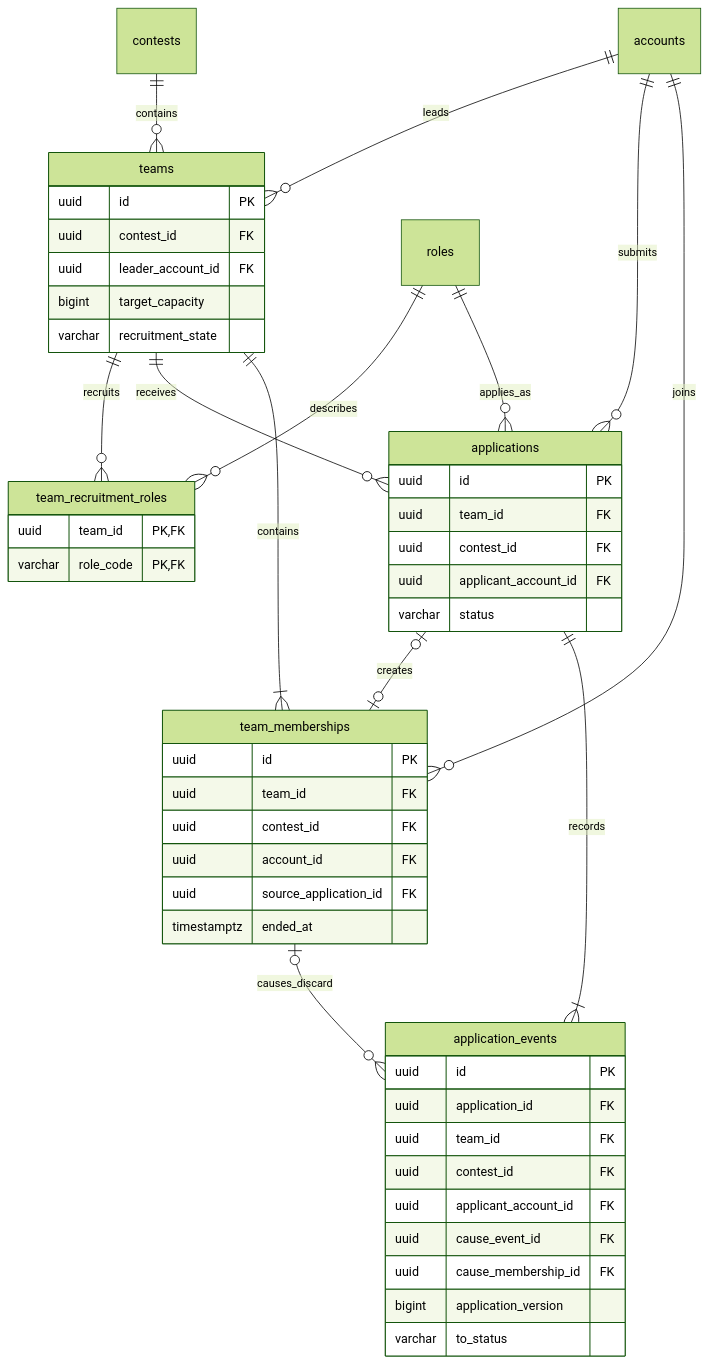
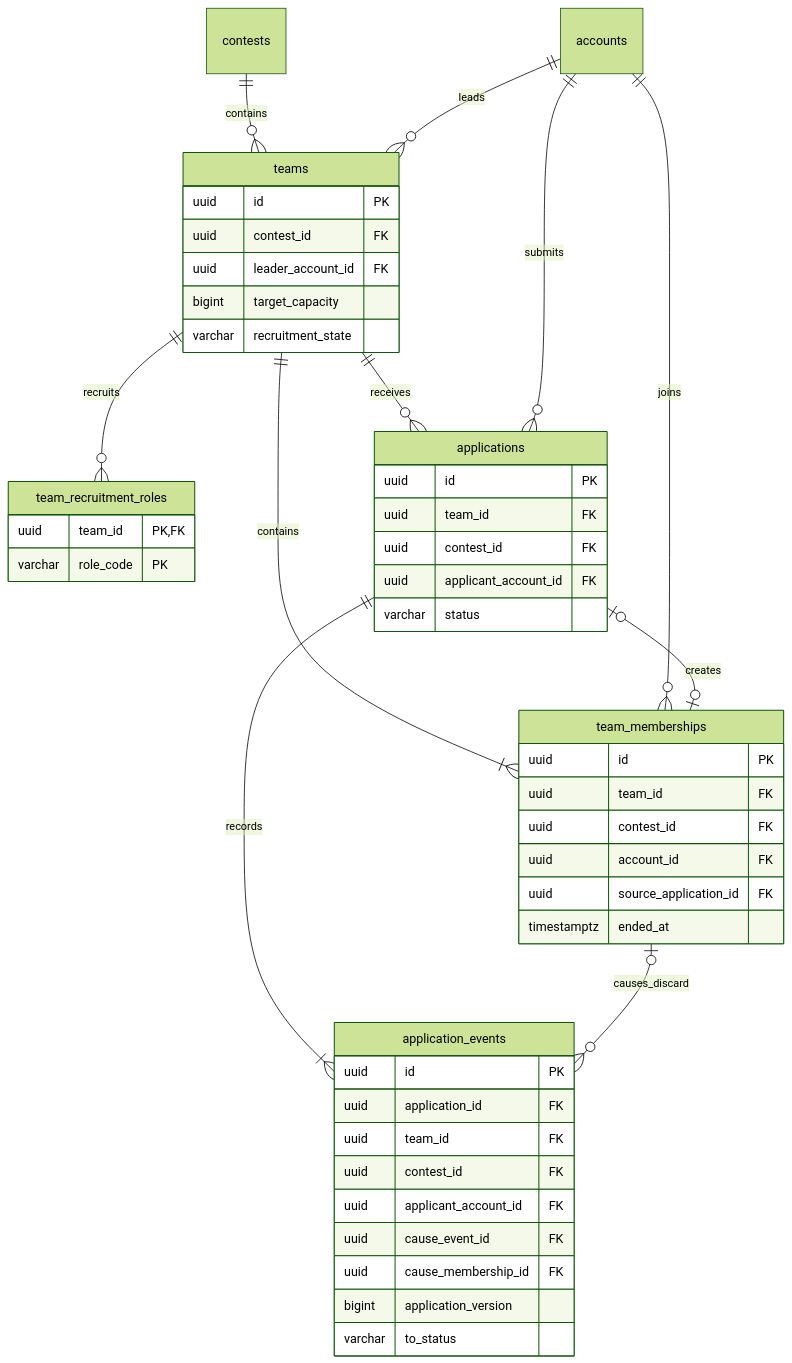
The diagram in docs/database/teams.md (wejo-team/sku-dreamon), drawn with Mermaid (forest theme) before and after one commit. The commit also changed other lines of this file and 21 other files, not shown here.

Commit message:
docs(database): 선택지와 학사 구조 단순화 및 전체 ERD 추가

````diff
--- a/docs/database/teams.md
+++ b/docs/database/teams.md
@@ -22,52 +22,50 @@
 ```mermaid
 erDiagram
   contests ||--o{ teams : contains
   accounts ||--o{ teams : leads
   teams ||--o{ team_recruitment_roles : recruits
-  roles ||--o{ team_recruitment_roles : describes
   teams ||--o{ applications : receives
   accounts ||--o{ applications : submits
-  roles ||--o{ applications : applies_as
   teams ||--|{ team_memberships : contains
   accounts ||--o{ team_memberships : joins
   applications o|--o| team_memberships : creates
   applications ||--|{ application_events : records
   team_memberships o|--o{ application_events : causes_discard
   teams {
     uuid id PK
     uuid contest_id FK
     uuid leader_account_id FK
     bigint target_capacity
     varchar recruitment_state
   }
   applications {
     uuid id PK
     uuid team_id FK
     uuid contest_id FK
     uuid applicant_account_id FK
     varchar status
   }
   team_memberships {
     uuid id PK
     uuid team_id FK
     uuid contest_id FK
     uuid account_id FK
     uuid source_application_id FK
     timestamptz ended_at
   }
   team_recruitment_roles {
     uuid team_id PK,FK
-    varchar role_code PK,FK
+    varchar role_code PK
   }
   application_events {
     uuid id PK
     uuid application_id FK
     uuid team_id FK
     uuid contest_id FK
     uuid applicant_account_id FK
     uuid cause_event_id FK
     uuid cause_membership_id FK
     bigint application_version
     varchar to_status
   }
 ```
````
